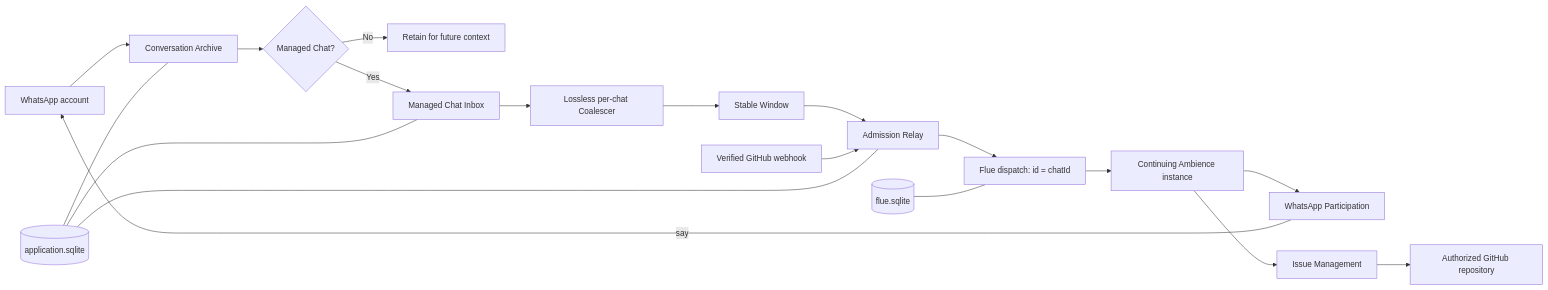
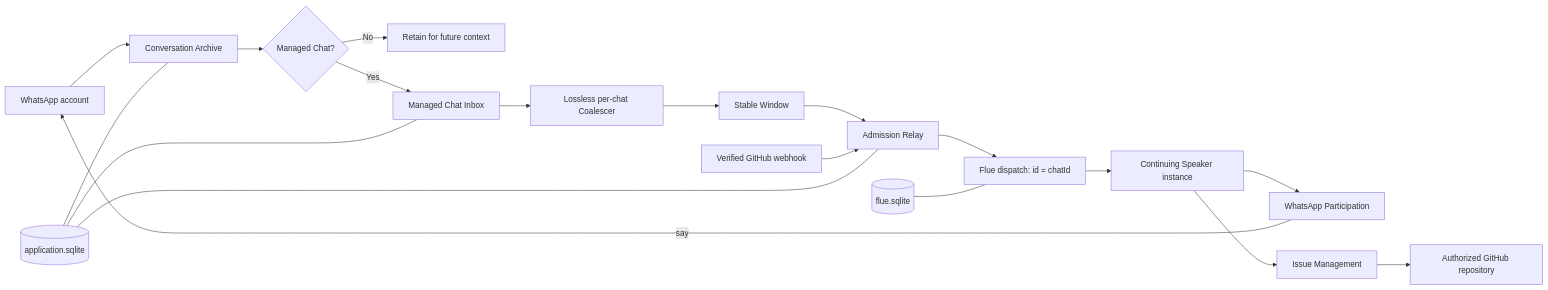
The diagram in README.md (AaronAbuUsama/whatsappd-github-agent), drawn with Mermaid before and after one commit. The commit also changed other lines of this file and 1 other file, not shown here.

Commit message:
docs: rename Ambience -> Speaker in README and ARCHITECTURE (#150)

````diff
--- a/README.md
+++ b/README.md
@@ -89,22 +89,22 @@
 ```mermaid
 flowchart LR
     WA["WhatsApp account"] --> ARCHIVE["Conversation Archive"]
     ARCHIVE --> GATE{"Managed Chat?"}
     GATE -->|No| RETAIN["Retain for future context"]
     GATE -->|Yes| INBOX["Managed Chat Inbox"]
     INBOX --> COALESCER["Lossless per-chat Coalescer"]
     COALESCER --> WINDOW["Stable Window"]
     WINDOW --> RELAY["Admission Relay"]
     RELAY --> FLUE["Flue dispatch: id = chatId"]
-    FLUE --> AMBIENCE["Continuing Ambience instance"]
-    AMBIENCE --> WA_CAP["WhatsApp Participation"]
-    AMBIENCE --> ISSUE_CAP["Issue Management"]
+    FLUE --> SPEAKER["Continuing Speaker instance"]
+    SPEAKER --> WA_CAP["WhatsApp Participation"]
+    SPEAKER --> ISSUE_CAP["Issue Management"]
     WA_CAP -->|say| WA
     ISSUE_CAP --> GITHUB["Authorized GitHub repository"]
     WEBHOOK["Verified GitHub webhook"] --> RELAY
 
     APP_DB[("application.sqlite")] --- ARCHIVE
     APP_DB --- INBOX
     APP_DB --- RELAY
     FLUE_DB[("flue.sqlite")] --- FLUE
 ```
````
